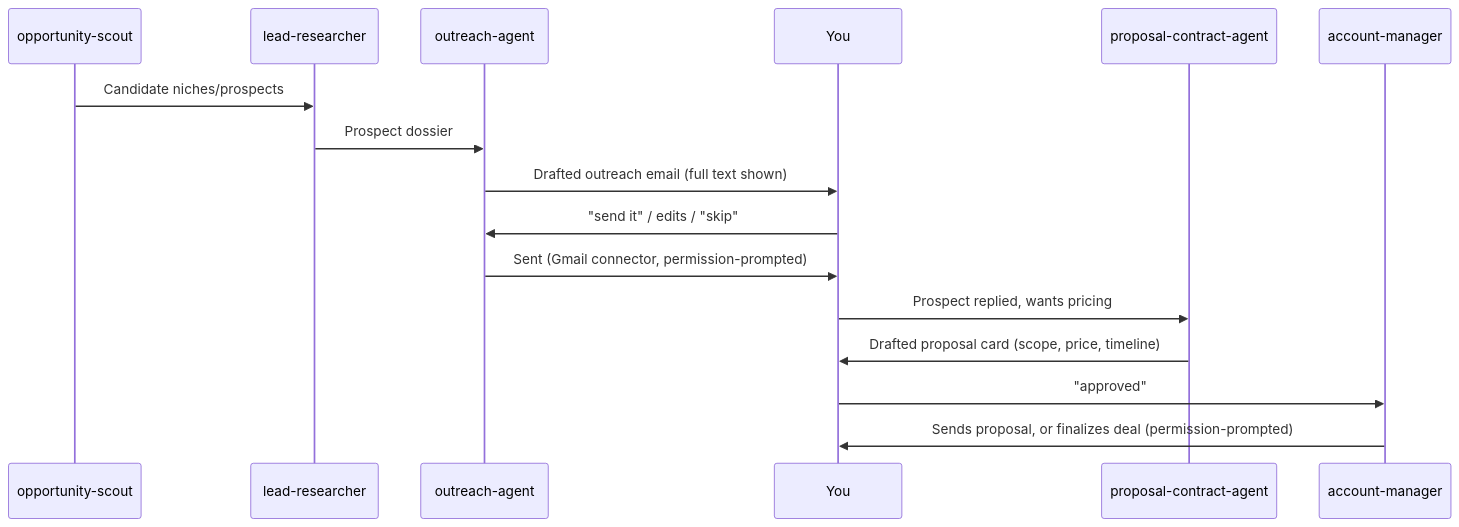
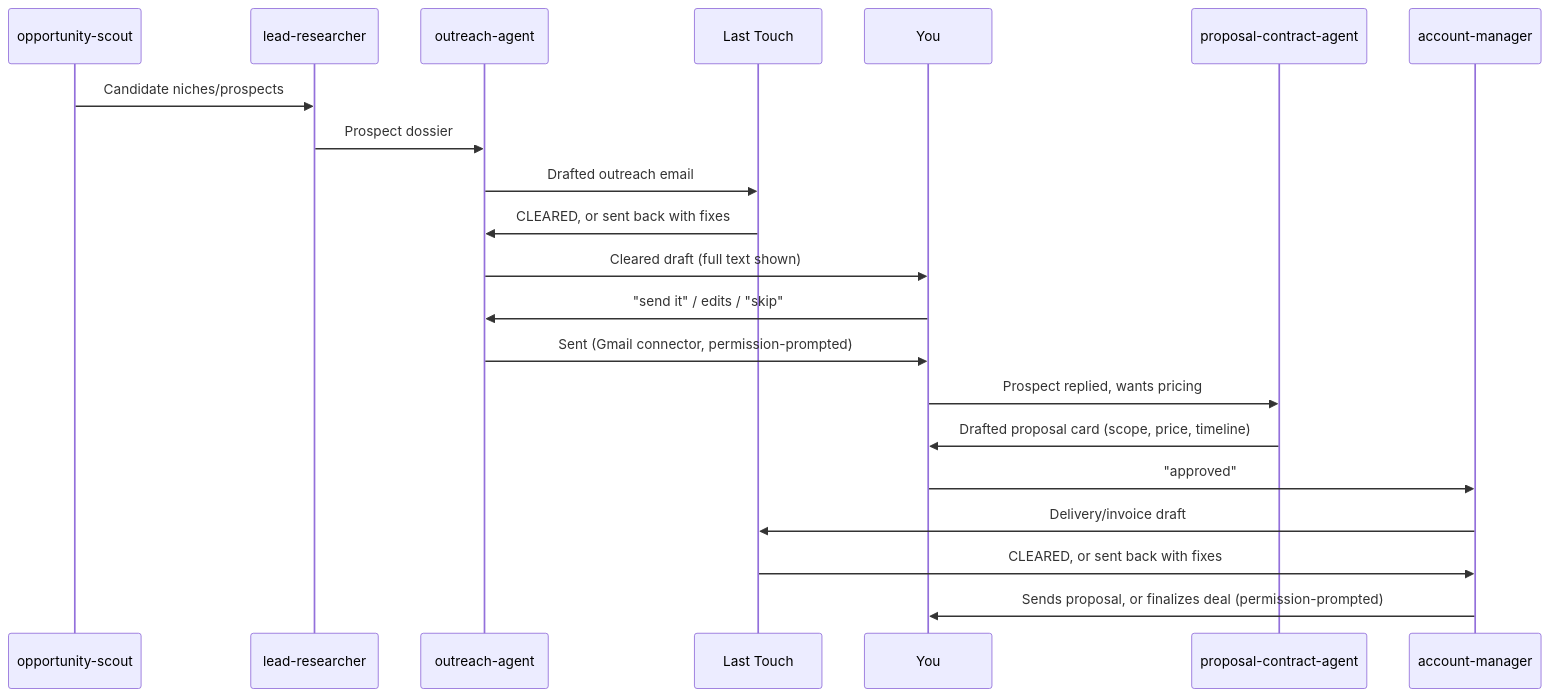
One commit to hetilpatel500-hub/edgex-relay changed the diagram in ai-workforce/DEAL-DESK.md. Above: the diagram before and after it, drawn with Mermaid. The commit also changed other lines of this file and 7 other files, not shown here.

First line of the commit message:
Add Last Touch department and a Command Center for real deal status

````diff
--- a/ai-workforce/DEAL-DESK.md
+++ b/ai-workforce/DEAL-DESK.md
@@ -5,18 +5,23 @@
 ```mermaid
 sequenceDiagram
   participant Scout as opportunity-scout
   participant Lead as lead-researcher
   participant Out as outreach-agent
+  participant LT as Last Touch
   participant You as You
   participant Prop as proposal-contract-agent
   participant AM as account-manager
   Scout->>Lead: Candidate niches/prospects
   Lead->>Out: Prospect dossier
-  Out->>You: Drafted outreach email (full text shown)
+  Out->>LT: Drafted outreach email
+  LT->>Out: CLEARED, or sent back with fixes
+  Out->>You: Cleared draft (full text shown)
   You->>Out: "send it" / edits / "skip"
   Out->>You: Sent (Gmail connector, permission-prompted)
   You->>Prop: Prospect replied, wants pricing
   Prop->>You: Drafted proposal card (scope, price, timeline)
   You->>AM: "approved"
+  AM->>LT: Delivery/invoice draft
+  LT->>AM: CLEARED, or sent back with fixes
   AM->>You: Sends proposal, or finalizes deal (permission-prompted)
 ```
````
